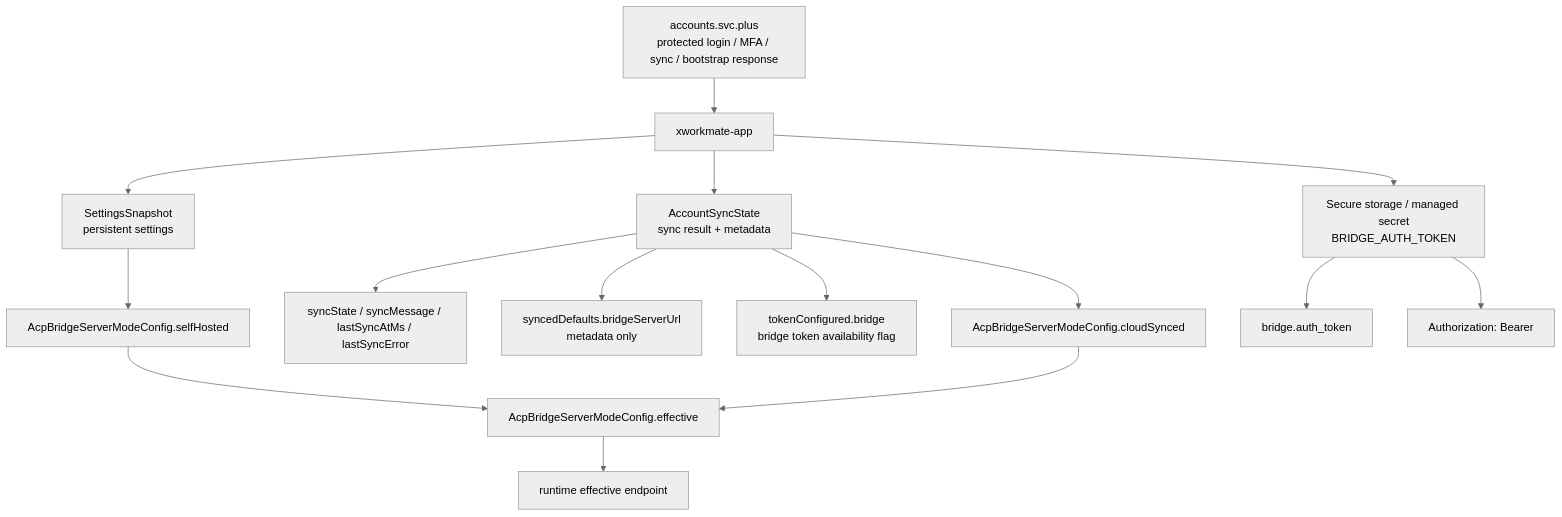
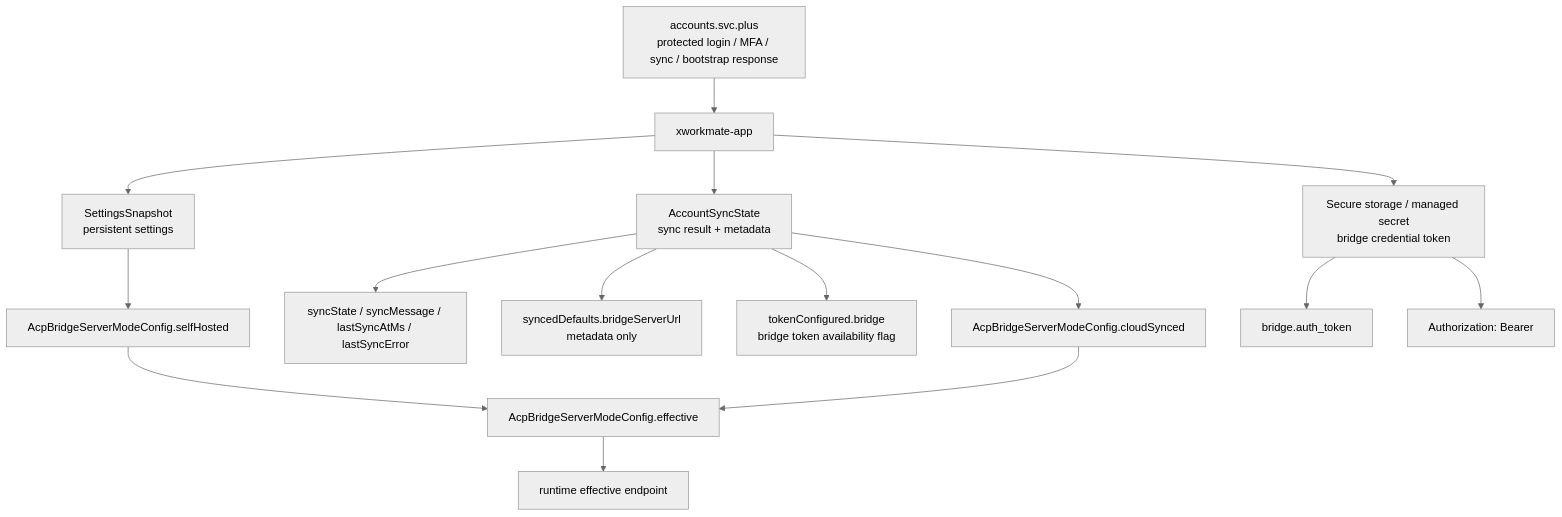
Before and after one commit to ai-workspace-lab/xworkmate-app: the first of 4 diagrams in docs/architecture/account-sync-settings-bridge-state-model.md, drawn with Mermaid (neutral theme). The commit also changed other lines of this file and 4 other files, not shown here.

````diff
--- a/docs/architecture/account-sync-settings-bridge-state-model.md
+++ b/docs/architecture/account-sync-settings-bridge-state-model.md
@@ -20,21 +20,21 @@
 ```mermaid
 flowchart TD
     A["accounts.svc.plus\nprotected login / MFA / sync / bootstrap response"] --> B["xworkmate-app"]
 
     B --> C["SettingsSnapshot\npersistent settings"]
     B --> D["AccountSyncState\nsync result + metadata"]
-    B --> E["Secure storage / managed secret\nBRIDGE_AUTH_TOKEN"]
+    B --> E["Secure storage / managed secret\nbridge credential token"]
 
     D --> D1["syncState / syncMessage / lastSyncAtMs / lastSyncError"]
     D --> D2["syncedDefaults.bridgeServerUrl\nmetadata only"]
     D --> D3["tokenConfigured.bridge\nbridge token availability flag"]
 
     E --> E1["bridge.auth_token"]
     E --> E2["Authorization: Bearer <token>"]
 
     C --> F["AcpBridgeServerModeConfig.selfHosted"]
     D --> G["AcpBridgeServerModeConfig.cloudSynced"]
     F --> H["AcpBridgeServerModeConfig.effective"]
     G --> H
     H --> I["runtime effective endpoint"]
 ```
````
